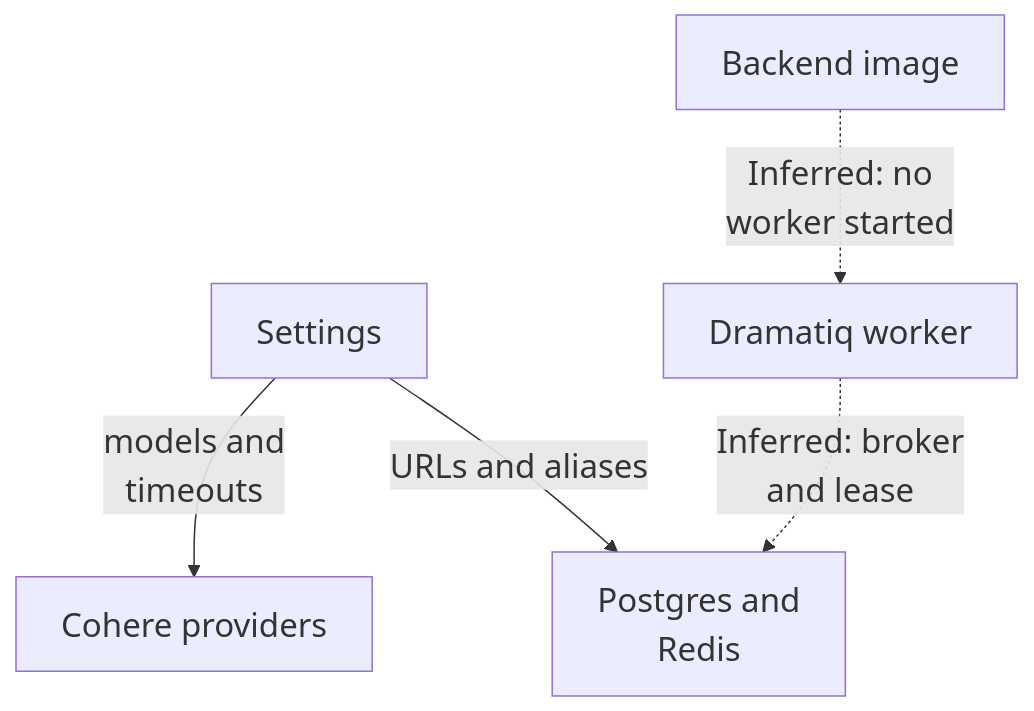
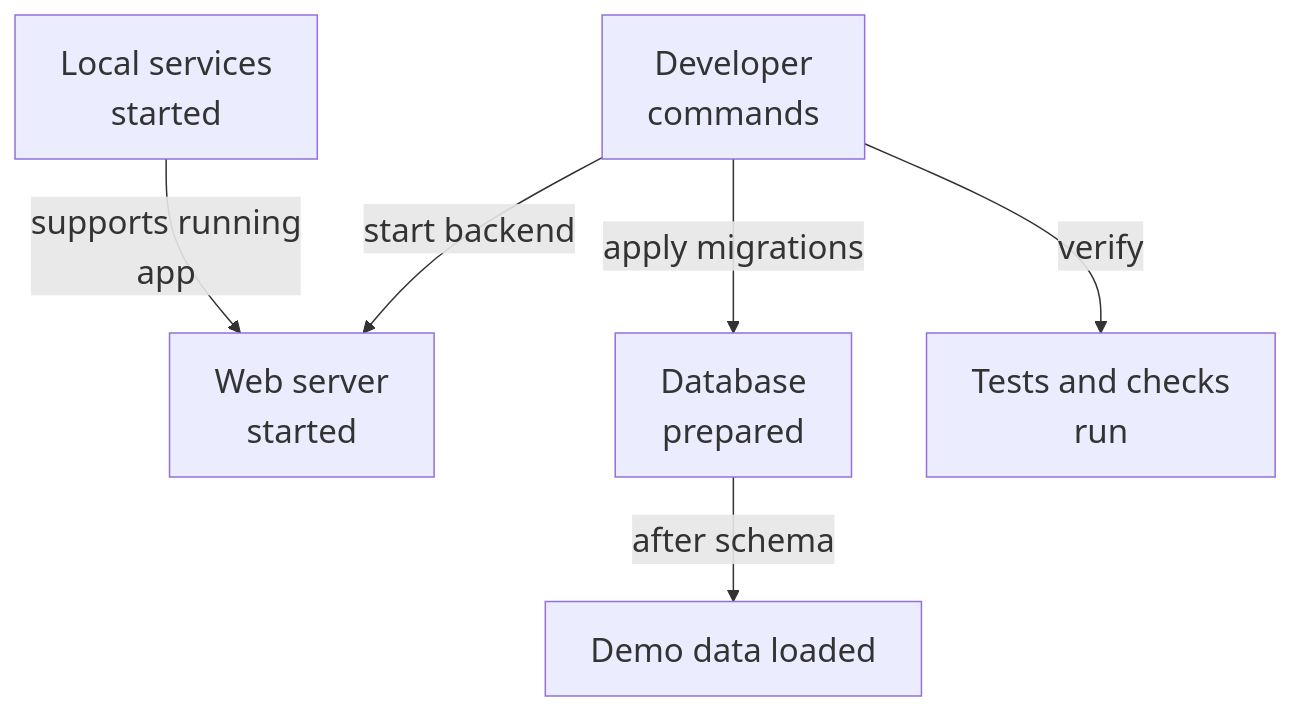
The fifth of 5 diagrams in maps/foundation/README.md (Justin-Mendoza/Afterclass), drawn with Mermaid before and after one commit. The commit also changed other lines of this file and 91 other files, not shown here.

````diff
--- a/maps/foundation/README.md
+++ b/maps/foundation/README.md
@@ -205,13 +178,15 @@
 ```mermaid
 %%{init: {"themeVariables": {"fontSize": "22px"}}}%%
 flowchart TD
-  n0["Settings"]
-  n1["Cohere providers"]
-  n2["Postgres and<br/>Redis"]
-  n3["Dramatiq worker"]
-  n4["Backend image"]
-  n0 -->|"models and<br/>timeouts"| n1
-  n0 -->|"URLs and aliases"| n2
-  n4 -.->|"Inferred: no<br/>worker started"| n3
-  n3 -.->|"Inferred: broker<br/>and lease"| n2
+  n0["Developer<br/>commands"]
+  n1["Web server<br/>started"]
+  n2["Database<br/>prepared"]
+  n3["Demo data loaded"]
+  n4["Tests and checks<br/>run"]
+  n5["Local services<br/>started"]
+  n0 -->|"start backend"| n1
+  n0 -->|"apply migrations"| n2
+  n2 -->|"after schema"| n3
+  n0 -->|"verify"| n4
+  n5 -->|"supports running<br/>app"| n1
 ```
````
